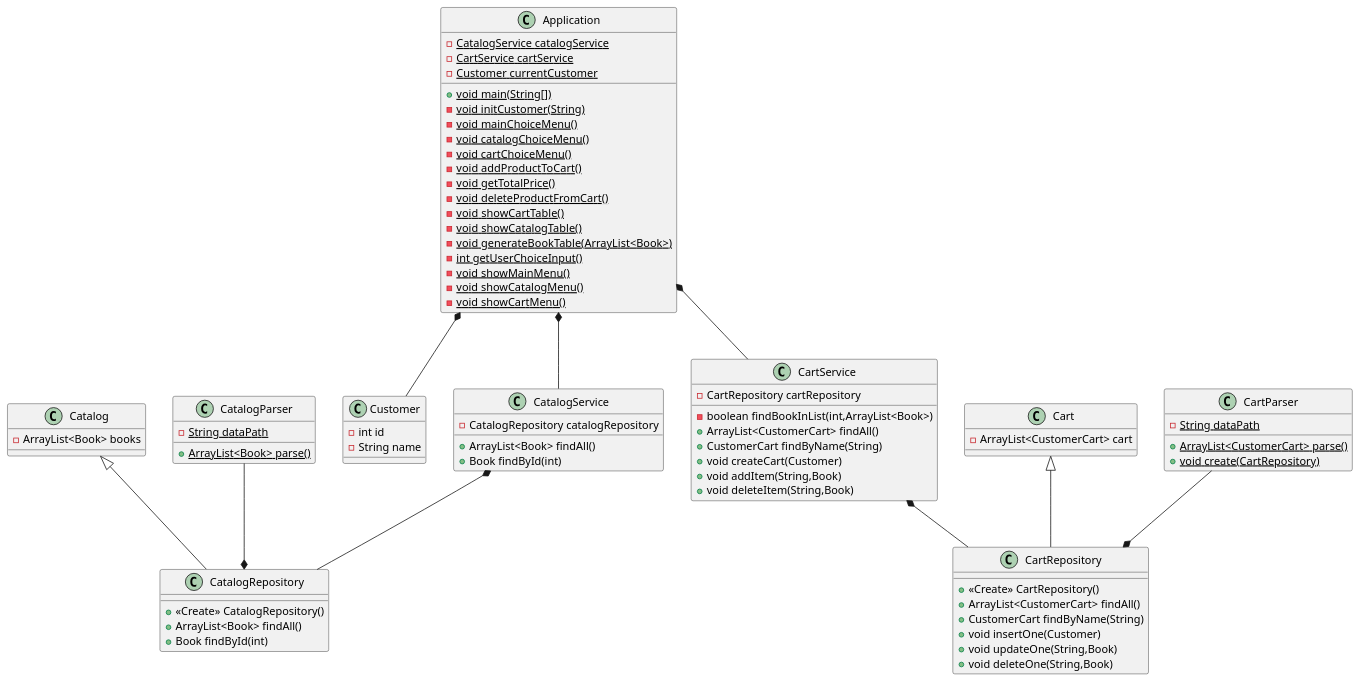
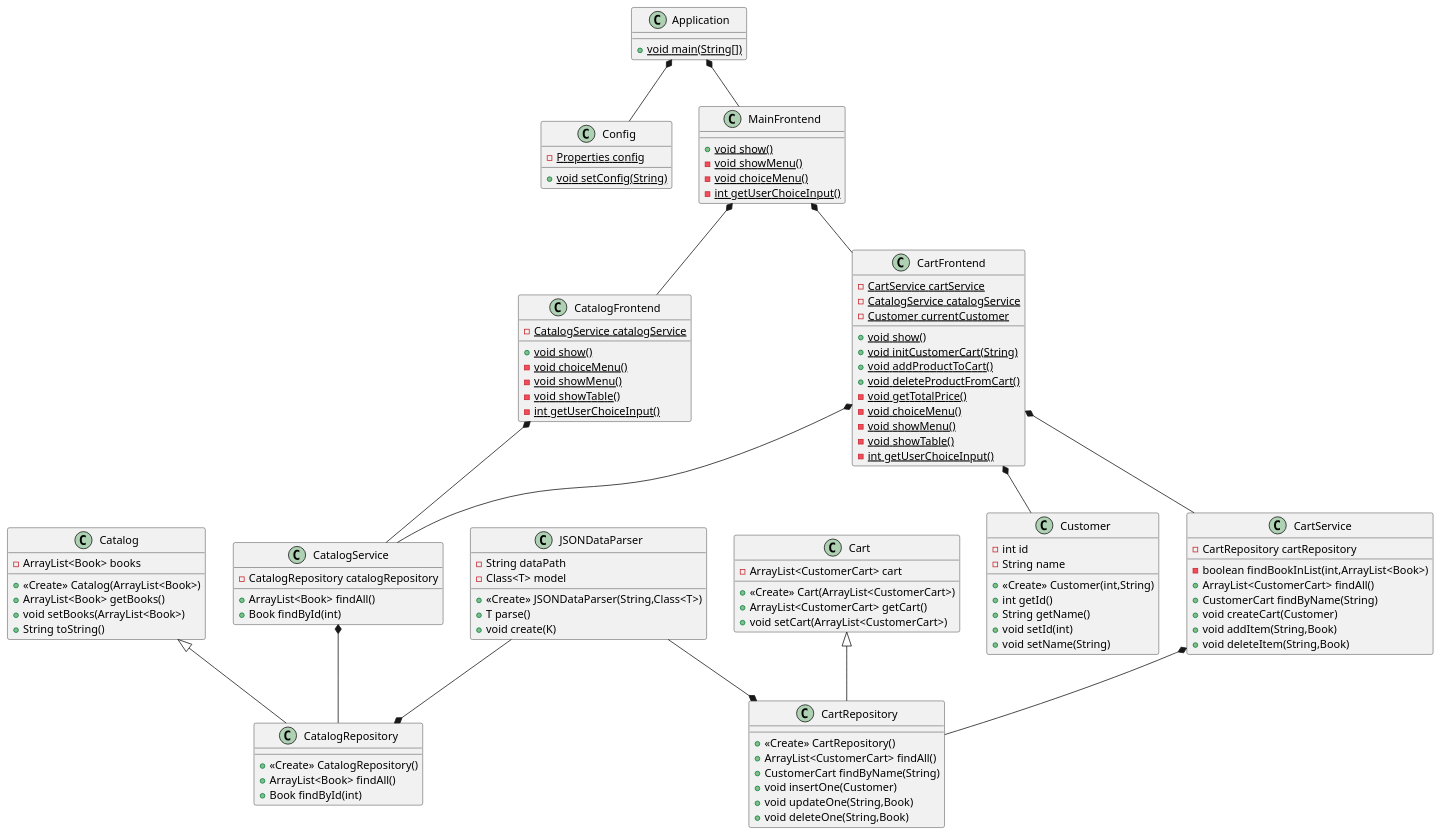
One commit to StudentRoman/java-course changed the diagram in week-9/diagram-app.puml. Above: the diagram before and after it, drawn with PlantUML. The commit also changed 14 other files, not shown here.

```diff
--- a/week-9/diagram-app.puml
+++ b/week-9/diagram-app.puml
@@ -1,81 +1,114 @@
 @startuml
 class Catalog {
 - ArrayList<Book> books
++ <<Create>> Catalog(ArrayList<Book>)
++ ArrayList<Book> getBooks()
++ void setBooks(ArrayList<Book>)
++ String toString()
 }
 class Cart {
 - ArrayList<CustomerCart> cart
++ <<Create>> Cart(ArrayList<CustomerCart>)
++ ArrayList<CustomerCart> getCart()
++ void setCart(ArrayList<CustomerCart>)
 }
 class Customer {
 - int id
 - String name
++ <<Create>> Customer(int,String)
++ int getId()
++ String getName()
++ void setId(int)
++ void setName(String)
 }
-class CatalogParser {
-- {static} String dataPath
-+ {static} ArrayList<Book> parse()
+class Config {
+- {static} Properties config
++ {static} void setConfig(String)
+}
+class JSONDataParser {
+- String dataPath
+- Class<T> model
++ <<Create>> JSONDataParser(String,Class<T>)
++ T parse()
++ void create(K)
 }
 class CatalogRepository {
 + <<Create>> CatalogRepository()
 + ArrayList<Book> findAll()
 + Book findById(int)
 }
 class CatalogService {
 - CatalogRepository catalogRepository
 + ArrayList<Book> findAll()
 + Book findById(int)
-}
-class CartParser {
-- {static} String dataPath
-+ {static} ArrayList<CustomerCart> parse()
-+ {static} void create(CartRepository)
 }
 class CartRepository {
 + <<Create>> CartRepository()
 + ArrayList<CustomerCart> findAll()
 + CustomerCart findByName(String)
 + void insertOne(Customer)
 + void updateOne(String,Book)
 + void deleteOne(String,Book)
 }
 class CartService {
 - CartRepository cartRepository
 - boolean findBookInList(int,ArrayList<Book>)
 + ArrayList<CustomerCart> findAll()
 + CustomerCart findByName(String)
 + void createCart(Customer)
 + void addItem(String,Book)
 + void deleteItem(String,Book)
 }
+class CatalogFrontend {
+- {static} CatalogService catalogService
++ {static} void show()
+- {static} void choiceMenu()
+- {static} void showMenu()
+- {static} void showTable()
+- {static} int getUserChoiceInput()
+}
+class CartFrontend {
+- {static} CartService cartService
+- {static} CatalogService catalogService
+- {static} Customer currentCustomer
++ {static} void show()
++ {static} void initCustomerCart(String)
++ {static} void addProductToCart()
++ {static} void deleteProductFromCart()
+- {static} void getTotalPrice()
+- {static} void choiceMenu()
+- {static} void showMenu()
+- {static} void showTable()
+- {static} int getUserChoiceInput()
+}
+class MainFrontend {
++ {static} void show()
+- {static} void showMenu()
+- {static} void choiceMenu()
+- {static} int getUserChoiceInput()
+}
 class Application {
-- {static} CatalogService catalogService
-- {static} CartService cartService
-- {static} Customer currentCustomer
 + {static} void main(String[])
-- {static} void initCustomer(String)
-- {static} void mainChoiceMenu()
-- {static} void catalogChoiceMenu()
-- {static} void cartChoiceMenu()
-- {static} void addProductToCart()
-- {static} void getTotalPrice()
-- {static} void deleteProductFromCart()
-- {static} void showCartTable()
-- {static} void showCatalogTable()
-- {static} void generateBookTable(ArrayList<Book>)
-- {static} int getUserChoiceInput()
-- {static} void showMainMenu()
-- {static} void showCatalogMenu()
-- {static} void showCartMenu()
 }
+
+CartFrontend *-- CatalogService
+CartFrontend *-- CartService
+CartFrontend *-- Customer
+
+CatalogFrontend *-- CatalogService
 
 Cart <|-- CartRepository
 Catalog <|-- CatalogRepository
 
-CatalogParser --* CatalogRepository
+JSONDataParser --* CatalogRepository
 CatalogService *-- CatalogRepository
 
-CartParser --* CartRepository
+JSONDataParser --* CartRepository
 CartService *-- CartRepository
 
-Application *-- CatalogService
-Application *-- CartService
-Application *-- Customer
+Application *-- Config
+Application *-- MainFrontend
+
+MainFrontend *-- CartFrontend
+MainFrontend *-- CatalogFrontend
 @enduml
```
